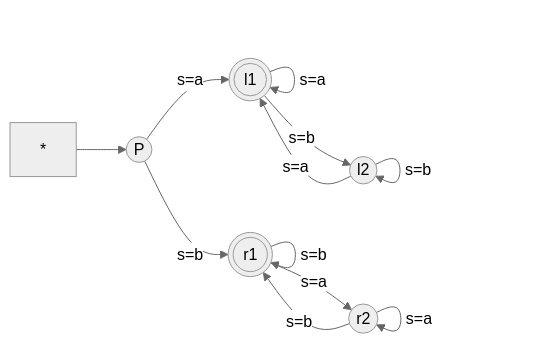
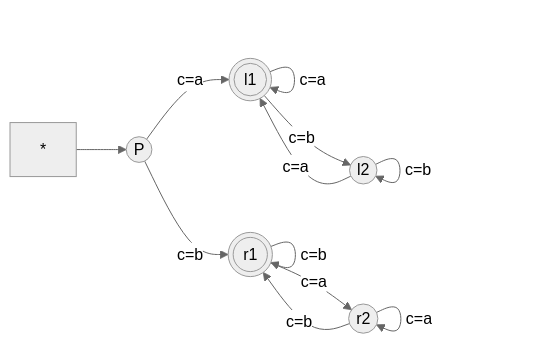
One commit to Invisiphantom/Mind-City changed the third of 3 diagrams in Coursera/(4)计算理论基础.md. Above: the diagram before and after it, drawn with Mermaid (neutral theme). The commit also changed other lines of this file and 2 other files, not shown here.

````diff
--- a/Coursera/(4)计算理论基础.md
+++ b/Coursera/(4)计算理论基础.md
@@ -205,17 +205,17 @@
 ```mermaid
 graph LR
     P((P)); l1(((l1))); l2((l2)); r1(((r1))); r2((r2));
     * --> P
-    P --s=a--> l1
-    P --s=b--> r1
+    P --c=a--> l1
+    P --c=b--> r1
 
-    l1 --s=a--> l1
-    l1 --s=b--> l2
-    l2 --s=b--> l2
-    l2 --s=a--> l1
+    l1 --c=a--> l1
+    l1 --c=b--> l2
+    l2 --c=b--> l2
+    l2 --c=a--> l1
 
-    r1 --s=b--> r1
-    r1 --s=a--> r2
-    r2 --s=a--> r2
-    r2 --s=b--> r1
+    r1 --c=b--> r1
+    r1 --c=a--> r2
+    r2 --c=a--> r2
+    r2 --c=b--> r1
 ```
````
